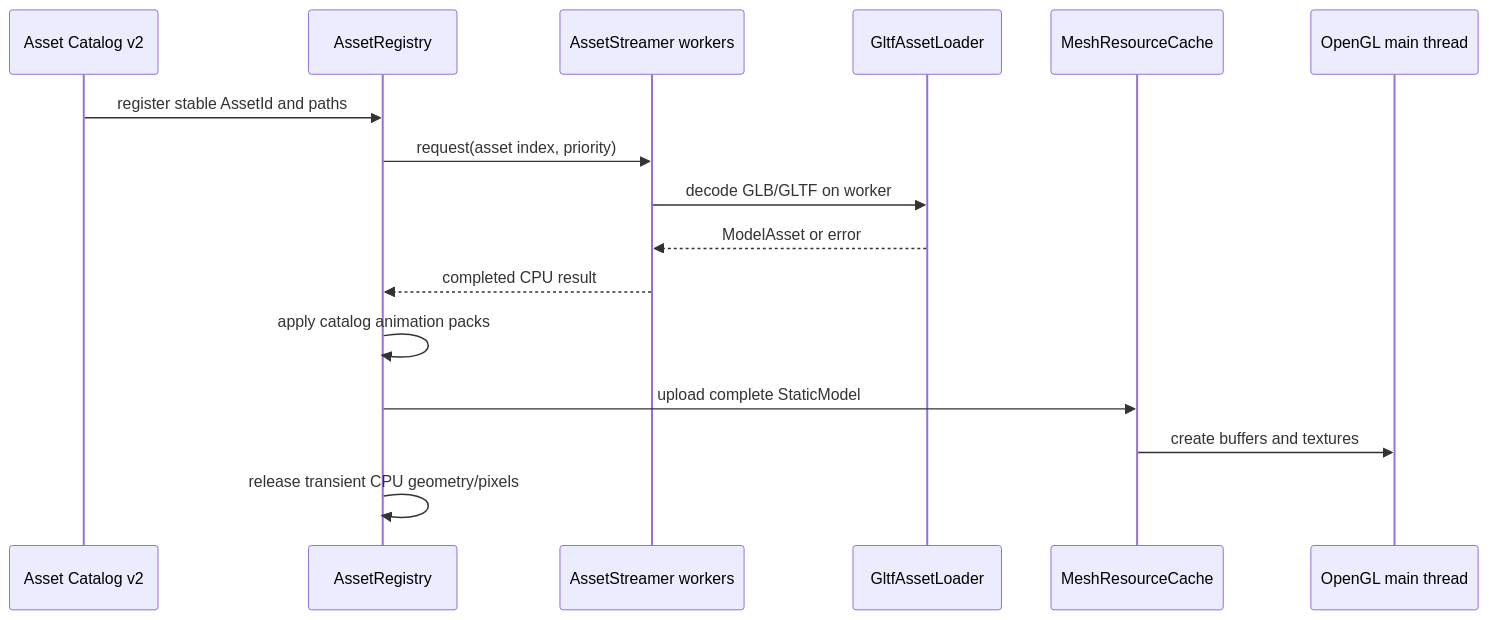
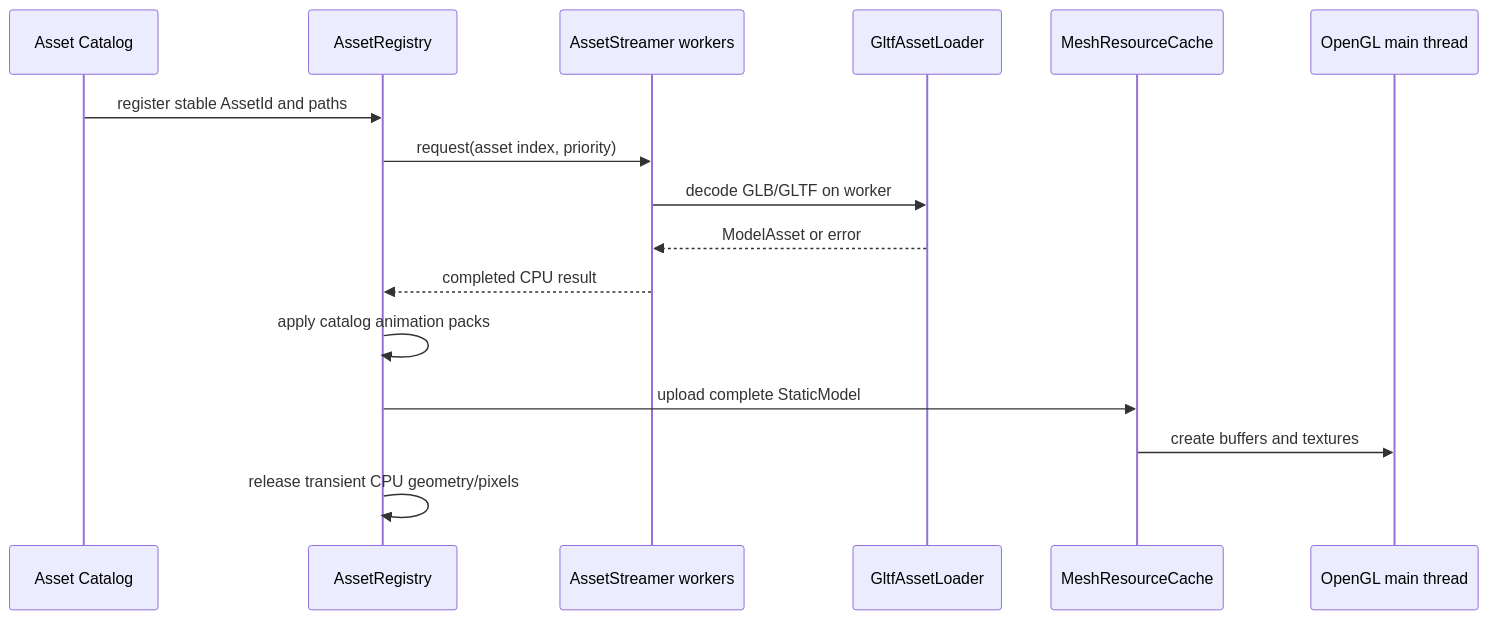
The second of 4 diagrams in docs/ARCHITECTURE.md (GitJestry/Kage-no-Kata-Shortanimation), drawn with Mermaid before and after one commit. The commit also changed other lines of this file and 23 other files, not shown here.

````diff
--- a/docs/ARCHITECTURE.md
+++ b/docs/ARCHITECTURE.md
@@ -95,19 +95,19 @@
 ```mermaid
 sequenceDiagram
-    participant Catalog as Asset Catalog v2
+    participant Catalog as Asset Catalog
     participant Registry as AssetRegistry
     participant Streamer as AssetStreamer workers
     participant Loader as GltfAssetLoader
     participant Cache as MeshResourceCache
     participant GL as OpenGL main thread
 
     Catalog->>Registry: register stable AssetId and paths
     Registry->>Streamer: request(asset index, priority)
     Streamer->>Loader: decode GLB/GLTF on worker
     Loader-->>Streamer: ModelAsset or error
     Streamer-->>Registry: completed CPU result
     Registry->>Registry: apply catalog animation packs
     Registry->>Cache: upload complete StaticModel
     Cache->>GL: create buffers and textures
     Registry->>Registry: release transient CPU geometry/pixels
 ```
````
